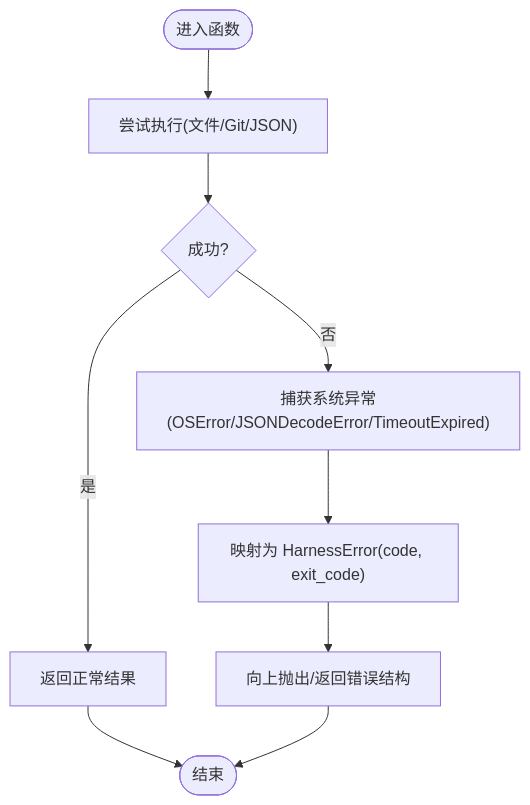
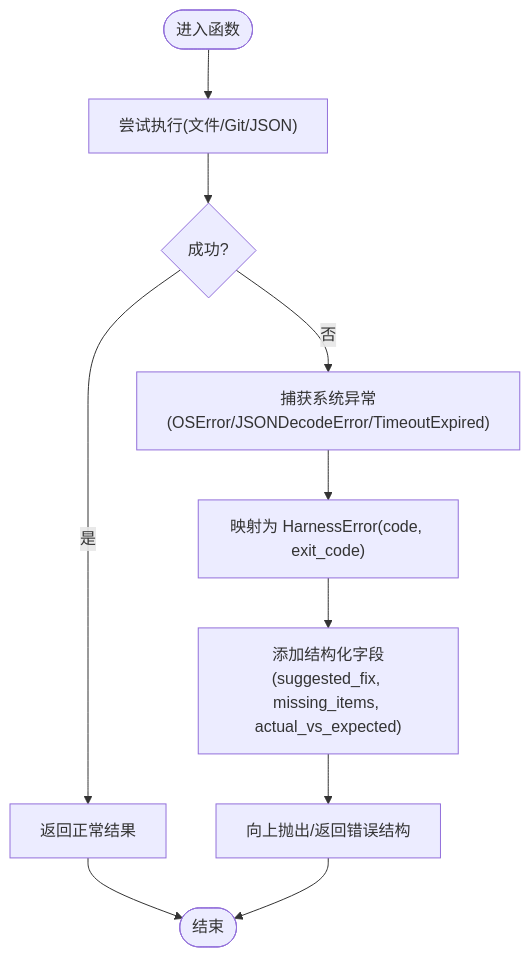
One commit to HackSing/docs-harness changed the third of 7 diagrams in .qoder/repowiki/zh/content/任务管理/任务执行引擎/错误处理与恢复.md. Above: the diagram before and after it, drawn with Mermaid. The commit also changed other lines of this file and 40 other files, not shown here.

````diff
--- a/.qoder/repowiki/zh/content/任务管理/任务执行引擎/错误处理与恢复.md
+++ b/.qoder/repowiki/zh/content/任务管理/任务执行引擎/错误处理与恢复.md
@@ -118,11 +133,12 @@
 ```mermaid
 flowchart TD
 Start(["进入函数"]) --> TryBlock["尝试执行(文件/Git/JSON)"]
 TryBlock --> Success{"成功?"}
 Success --> |是| ReturnOK["返回正常结果"]
 Success --> |否| CatchSys["捕获系统异常(OSError/JSONDecodeError/TimeoutExpired)"]
 CatchSys --> MapCode["映射为 HarnessError(code, exit_code)"]
-MapCode --> ReturnErr["向上抛出/返回错误结构"]
+MapCode --> AddFields["添加结构化字段(suggested_fix, missing_items, actual_vs_expected)"]
+AddFields --> ReturnErr["向上抛出/返回错误结构"]
 ReturnOK --> End(["结束"])
 ReturnErr --> End
 ```
````
